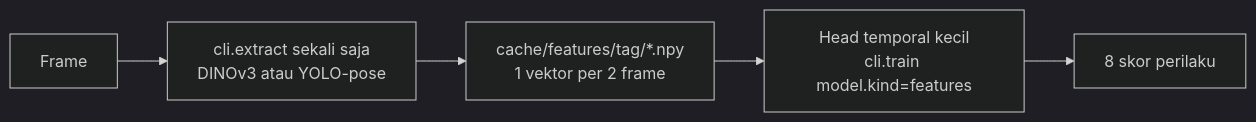
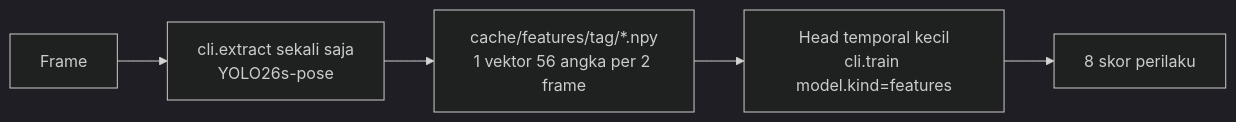
Before and after one commit to LhoWann/competitionDS26: the fourth of 4 diagrams in README.md, drawn with Mermaid (dark theme). The commit also changed other lines of this file and 33 other files, not shown here.

````diff
--- a/README.md
+++ b/README.md
@@ -141,7 +156,7 @@
 ```mermaid
 flowchart LR
-    F[Frame] --> X[cli.extract sekali saja<br>DINOv3 atau YOLO-pose]
-    X --> NPY[cache/features/tag/*.npy<br>1 vektor per 2 frame]
+    F[Frame] --> X[cli.extract sekali saja<br>YOLO26s-pose]
+    X --> NPY[cache/features/tag/*.npy<br>1 vektor 56 angka per 2 frame]
     NPY --> HD[Head temporal kecil<br>cli.train model.kind=features]
     HD --> OUT[8 skor perilaku]
 ```
````
